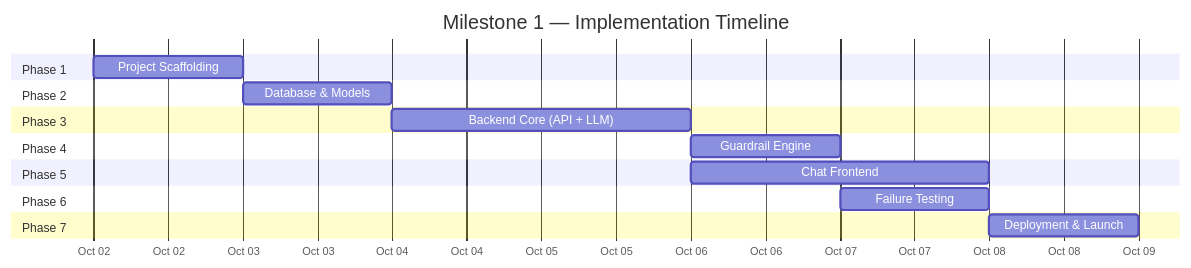
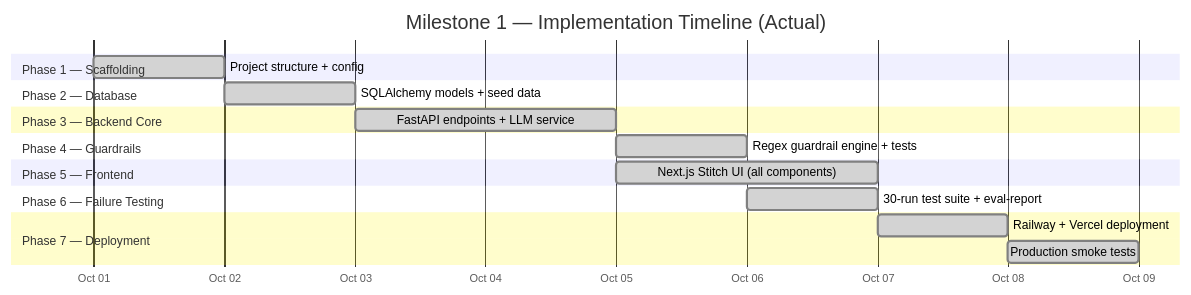
Before and after one commit to TheAlphaBA/Nutrition-app: the first of 4 diagrams in docs/implementation-plan.md, drawn with Mermaid. The commit also changed other lines of this file and 6 other files, not shown here.

First line of the commit message:
docs: upgrade all markdown files with rich Mermaid diagrams for better understanding

````diff
--- a/docs/implementation-plan.md
+++ b/docs/implementation-plan.md
@@ -11,27 +11,28 @@
 ```mermaid
 gantt
-    title Milestone 1 — Implementation Timeline
+    title Milestone 1 — Implementation Timeline (Actual)
     dateFormat  YYYY-MM-DD
     axisFormat  %b %d
 
-    section Phase 1
-    Project Scaffolding           :p1, 2026-10-02, 1d
+    section Phase 1 — Scaffolding
+    Project structure + config       :done, p1, 2026-10-01, 1d
 
-    section Phase 2
-    Database & Models             :p2, after p1, 1d
+    section Phase 2 — Database
+    SQLAlchemy models + seed data    :done, p2, after p1, 1d
 
-    section Phase 3
-    Backend Core (API + LLM)      :p3, after p2, 2d
+    section Phase 3 — Backend Core
+    FastAPI endpoints + LLM service  :done, p3, after p2, 2d
 
-    section Phase 4
-    Guardrail Engine              :p4, after p3, 1d
+    section Phase 4 — Guardrails
+    Regex guardrail engine + tests   :done, p4, after p3, 1d
 
-    section Phase 5
-    Chat Frontend                 :p5, after p3, 2d
+    section Phase 5 — Frontend
+    Next.js Stitch UI (all components):done, p5, after p3, 2d
 
-    section Phase 6
-    Failure Testing               :p6, after p4, 1d
+    section Phase 6 — Failure Testing
+    30-run test suite + eval-report  :done, p6, after p4, 1d
 
-    section Phase 7
-    Deployment & Launch           :p7, after p5, 1d
+    section Phase 7 — Deployment
+    Railway + Vercel deployment      :done, p7, after p5, 1d
+    Production smoke tests           :done, p8, after p7, 1d
 ```
````
